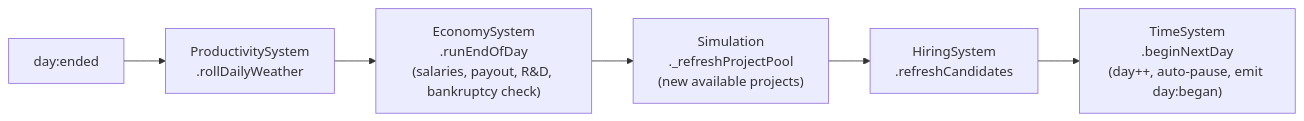
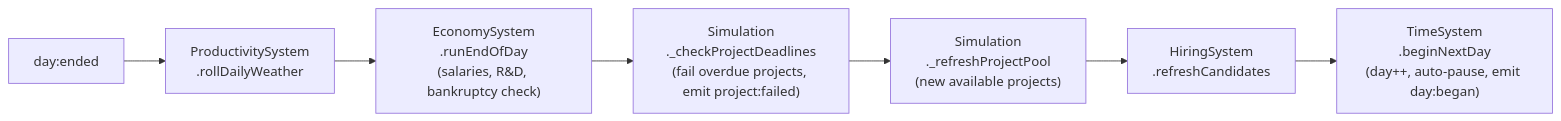
Before and after one commit to dan-adrian-robert/software-empire-pixi: the third of 4 diagrams in ARCHITECTURE.md, drawn with Mermaid. The commit also changed other lines of this file and 11 other files, not shown here.

````diff
--- a/ARCHITECTURE.md
+++ b/ARCHITECTURE.md
@@ -111,8 +112,9 @@
 ```mermaid
 flowchart LR
   dayEnded["day:ended"] --> Weather["ProductivitySystem\n.rollDailyWeather"]
-  Weather --> Economy["EconomySystem\n.runEndOfDay\n(salaries, payout, R&D, bankruptcy check)"]
-  Economy --> Pool["Simulation\n._refreshProjectPool\n(new available projects)"]
+  Weather --> Economy["EconomySystem\n.runEndOfDay\n(salaries, R&D, bankruptcy check)"]
+  Economy --> Deadlines["Simulation\n._checkProjectDeadlines\n(fail overdue projects, emit project:failed)"]
+  Deadlines --> Pool["Simulation\n._refreshProjectPool\n(new available projects)"]
   Pool --> Hiring["HiringSystem\n.refreshCandidates"]
   Hiring --> NextDay["TimeSystem\n.beginNextDay\n(day++, auto-pause, emit day:began)"]
 ```
````
